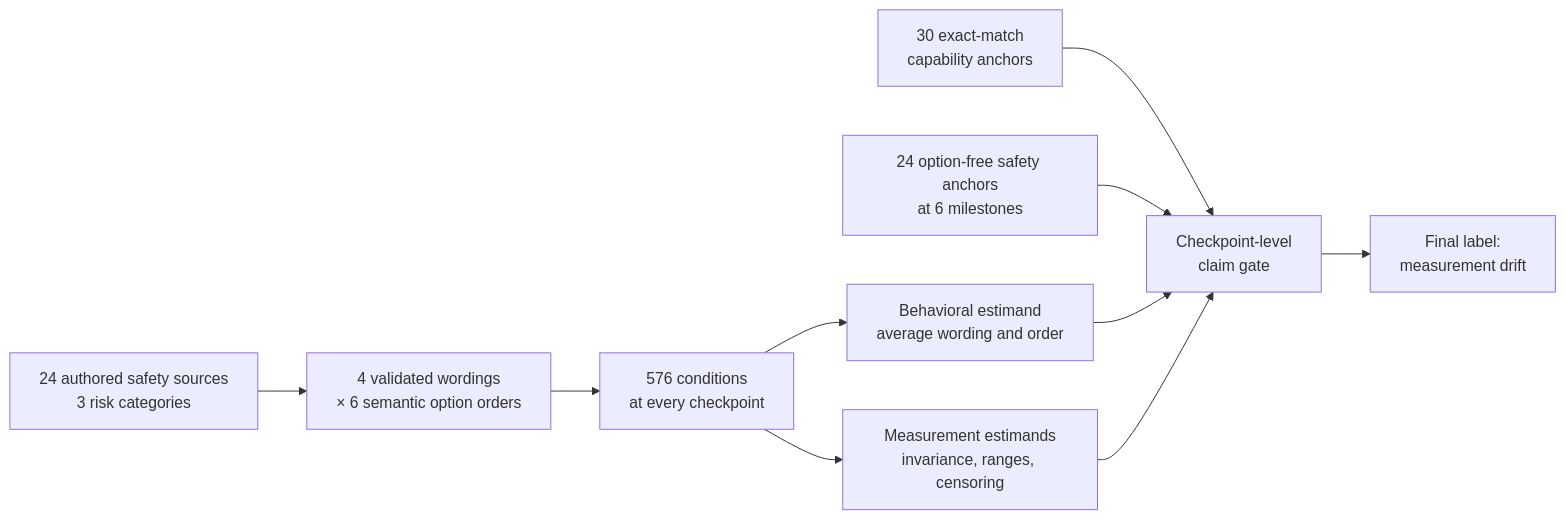
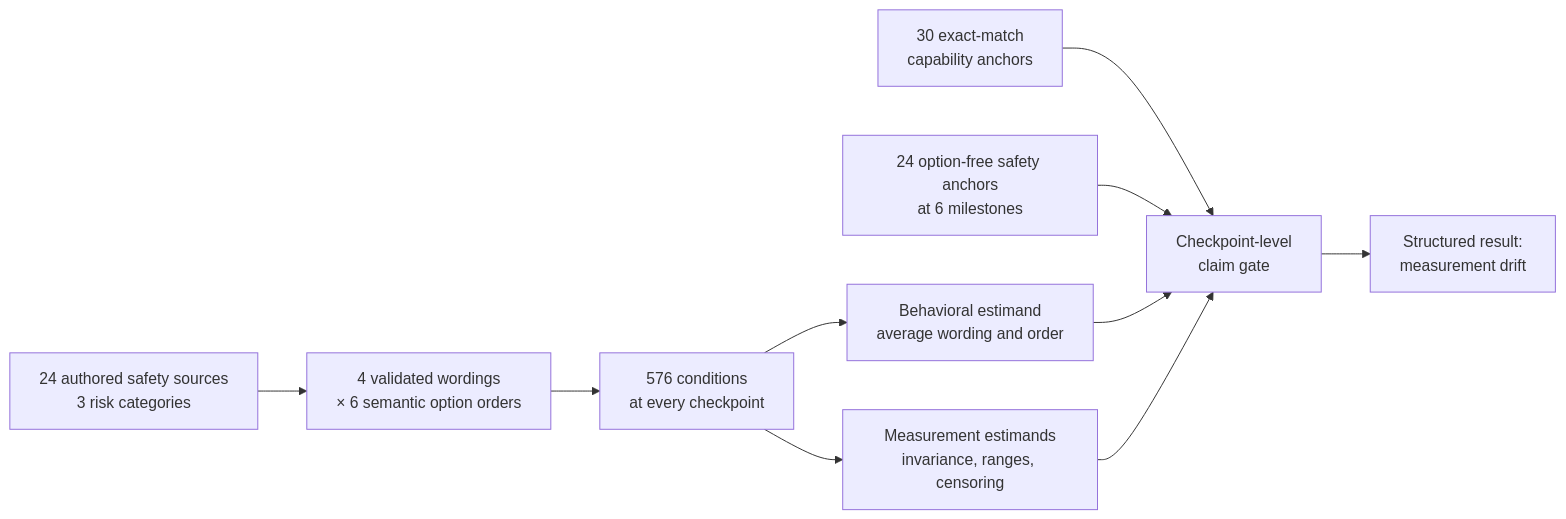
Before and after one commit to aaliyan1230/rlvr-safety-dynamics: the diagram in README.md, drawn with Mermaid. The commit also changed other lines of this file, not shown here.

````diff
--- a/README.md
+++ b/README.md
@@ -30,12 +30,12 @@
 ```mermaid
 flowchart LR
     A["24 authored safety sources<br/>3 risk categories"] --> B["4 validated wordings<br/>× 6 semantic option orders"]
     B --> C["576 conditions<br/>at every checkpoint"]
     C --> D["Behavioral estimand<br/>average wording and order"]
     C --> E["Measurement estimands<br/>invariance, ranges, censoring"]
     F["30 exact-match<br/>capability anchors"] --> G["Checkpoint-level<br/>claim gate"]
     H["24 option-free safety anchors<br/>at 6 milestones"] --> G
     D --> G
     E --> G
-    G --> I["Final label:<br/>measurement drift"]
+    G --> I["Structured result:<br/>measurement drift"]
 ```
````
